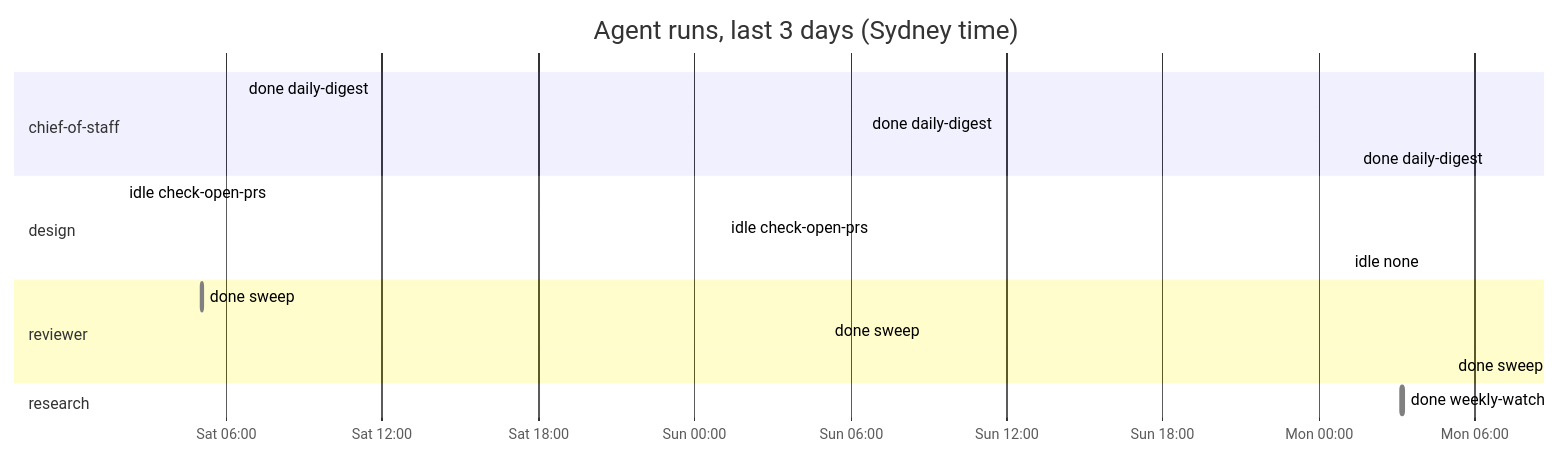
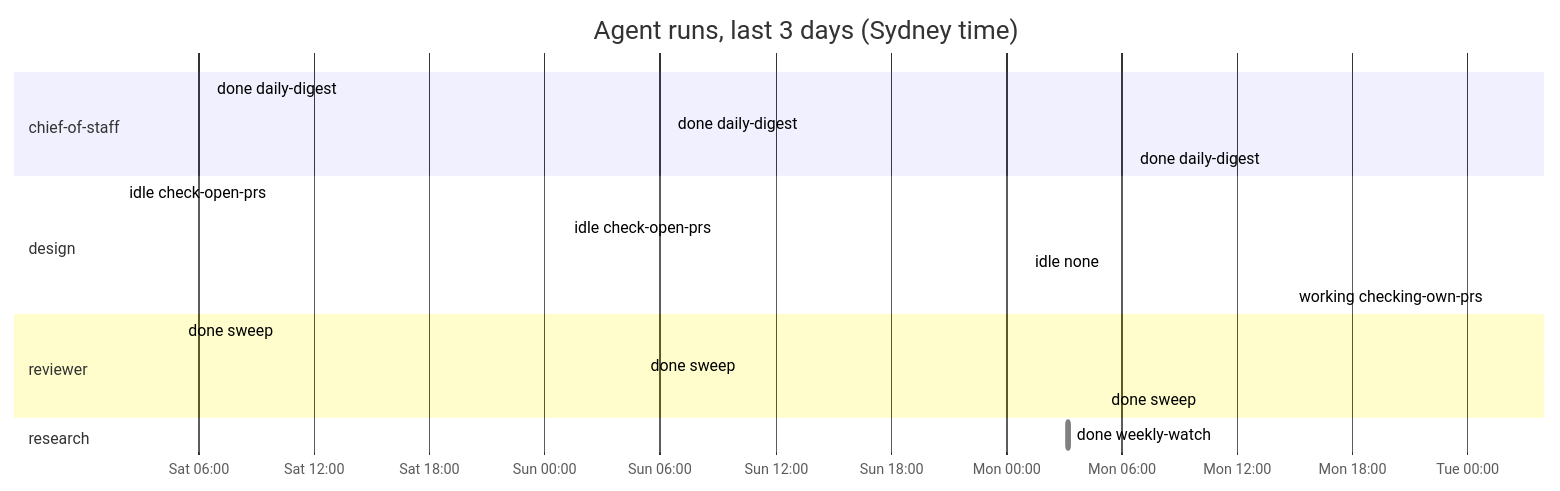
Before and after one commit to roulmediateam-byte/fifteen-expert-hq: the diagram in dashboard.md, drawn with Mermaid. The commit also changed other lines of this file and 1 other file, not shown here.

````diff
--- a/dashboard.md
+++ b/dashboard.md
@@ -43,20 +43,21 @@
 ```mermaid
 gantt
     title Agent runs, last 3 days (Sydney time)
     dateFormat YYYY-MM-DD HH:mm
     axisFormat %a %H:%M
     section chief-of-staff
     done daily-digest :done, 2026-11-14 06:35, 2026-11-14 06:36
     done daily-digest :done, 2026-11-15 06:35, 2026-11-15 06:36
     done daily-digest :done, 2026-11-16 06:35, 2026-11-16 06:36
     section design
     idle check-open-prs :done, 2026-11-14 02:01, 2026-11-14 02:02
     idle check-open-prs :done, 2026-11-15 01:08, 2026-11-15 01:09
     idle none :done, 2026-11-16 01:08, 2026-11-16 01:08
+    working checking-own-prs :active, 2026-11-17 01:12, 2026-11-17 01:12
     section reviewer
     done sweep :done, 2026-11-14 05:05, 2026-11-14 05:06
     done sweep :done, 2026-11-15 05:07, 2026-11-15 05:08
     done sweep :done, 2026-11-16 05:05, 2026-11-16 05:06
     section research
     done weekly-watch :done, 2026-11-16 03:10, 2026-11-16 03:17
 ```
````
